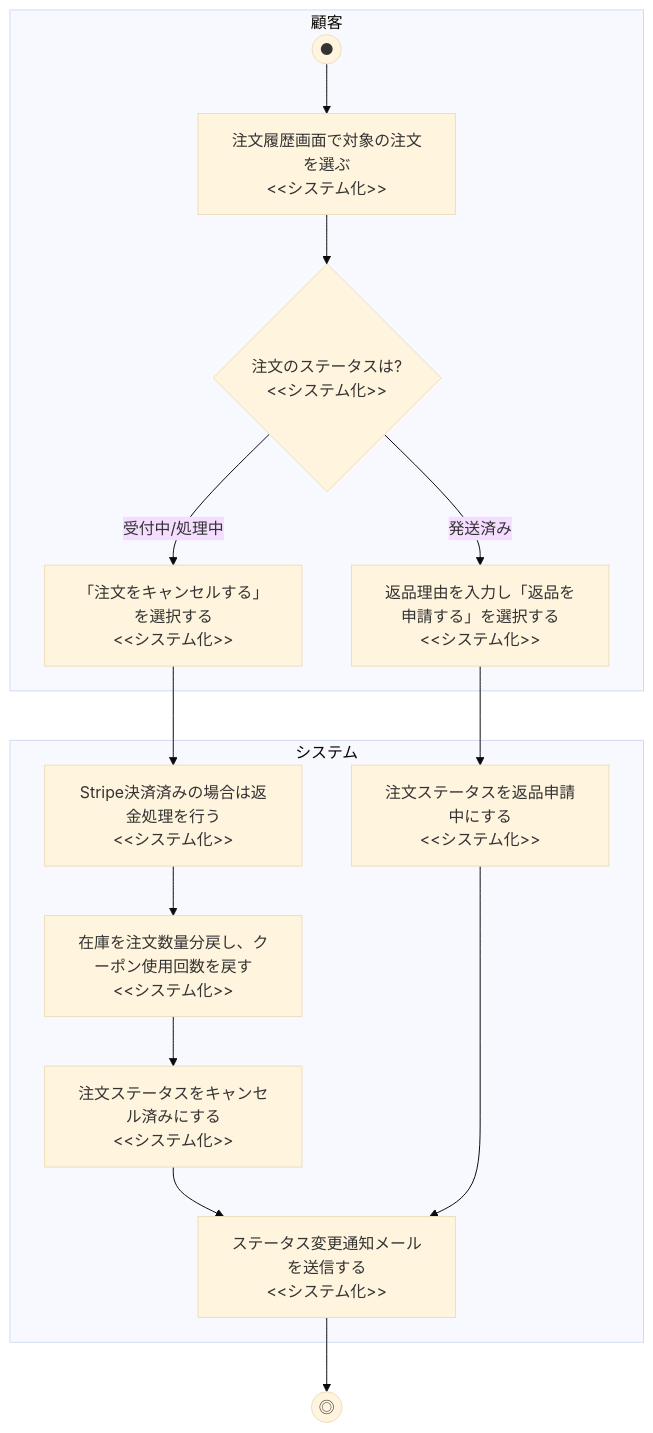
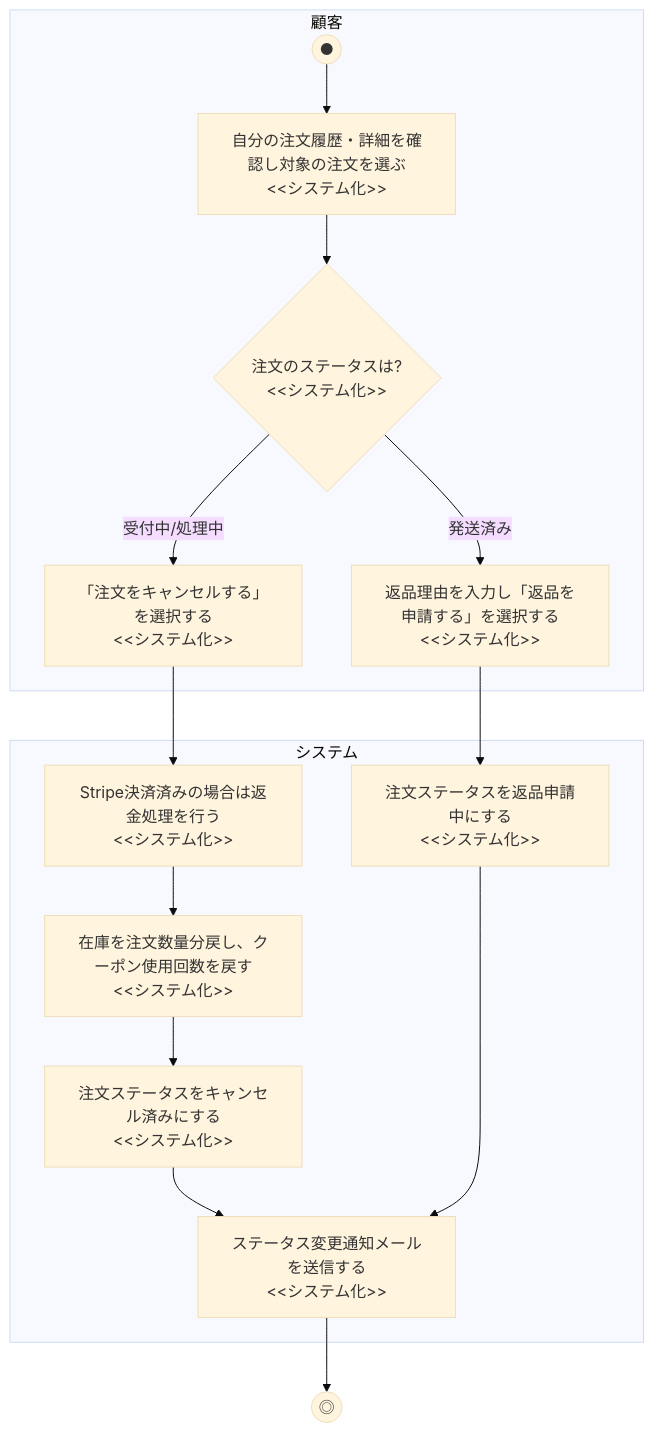
The third of 3 diagrams in docs/deliverables/demand_definition/business_flow/01_product_purchase.md (KokiNakano2nd/ec2site), drawn with Mermaid (base theme) before and after one commit. The commit also changed other lines of this file and 79 other files, not shown here.

````diff
--- a/docs/deliverables/demand_definition/business_flow/01_product_purchase.md
+++ b/docs/deliverables/demand_definition/business_flow/01_product_purchase.md
@@ -100,23 +103,23 @@
 ```mermaid
 flowchart TD
     subgraph 顧客
-        A((●)) --> B["注文履歴画面で対象の注文を選ぶ<br/><<システム化>>"]
+        A((●)) --> B["自分の注文履歴・詳細を確認し対象の注文を選ぶ<br/><<システム化>>"]
         B --> C{"注文のステータスは?<br/><<システム化>>"}
         C -->|受付中/処理中| D["「注文をキャンセルする」を選択する<br/><<システム化>>"]
         C -->|発送済み| E["返品理由を入力し「返品を申請する」を選択する<br/><<システム化>>"]
     end
     subgraph システム
         F["Stripe決済済みの場合は返金処理を行う<br/><<システム化>>"]
         G["在庫を注文数量分戻し、クーポン使用回数を戻す<br/><<システム化>>"]
         H["注文ステータスをキャンセル済みにする<br/><<システム化>>"]
         I["注文ステータスを返品申請中にする<br/><<システム化>>"]
         J["ステータス変更通知メールを送信する<br/><<システム化>>"]
     end
     D --> F
     F --> G
     G --> H
     H --> J
     E --> I
     I --> J
     J --> K((◎))
 ```
````
